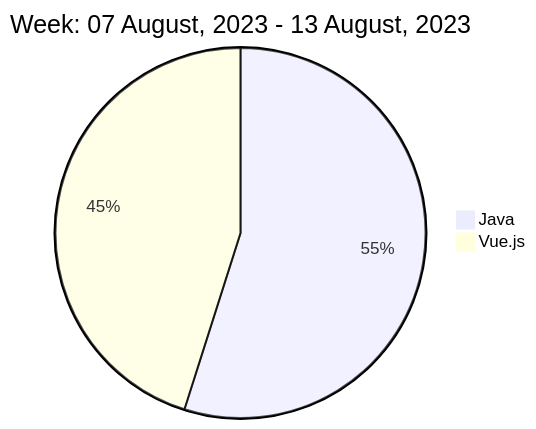
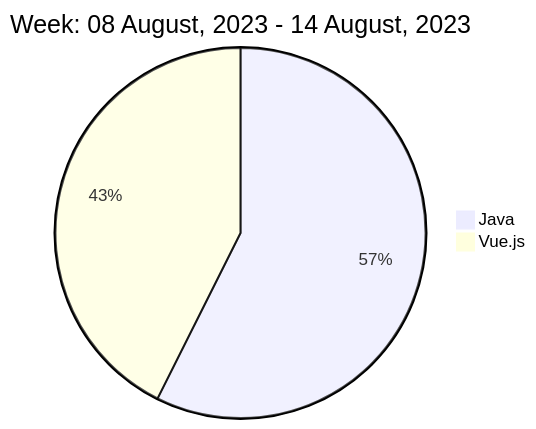
One commit to liubin95/liubin95 changed the diagram in README.md. Above: the diagram before and after it, drawn with Mermaid.

Commit message:
Updated the Graph with new Metrics

````diff
--- a/README.md
+++ b/README.md
@@ -40,6 +40,6 @@
 ```mermaid
  pie
-title Week: 07 August, 2023 - 13 August, 2023
- "Java" : 3.25
- "Vue.js" : 2.67
+title Week: 08 August, 2023 - 14 August, 2023
+ "Java" : 2.6
+ "Vue.js" : 1.93
 ```
````
